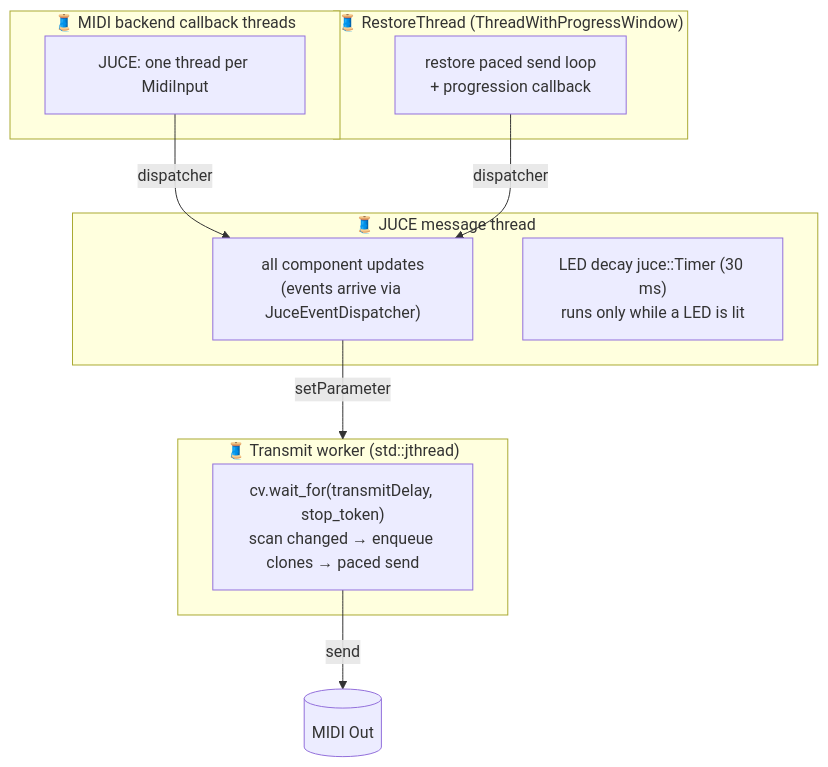
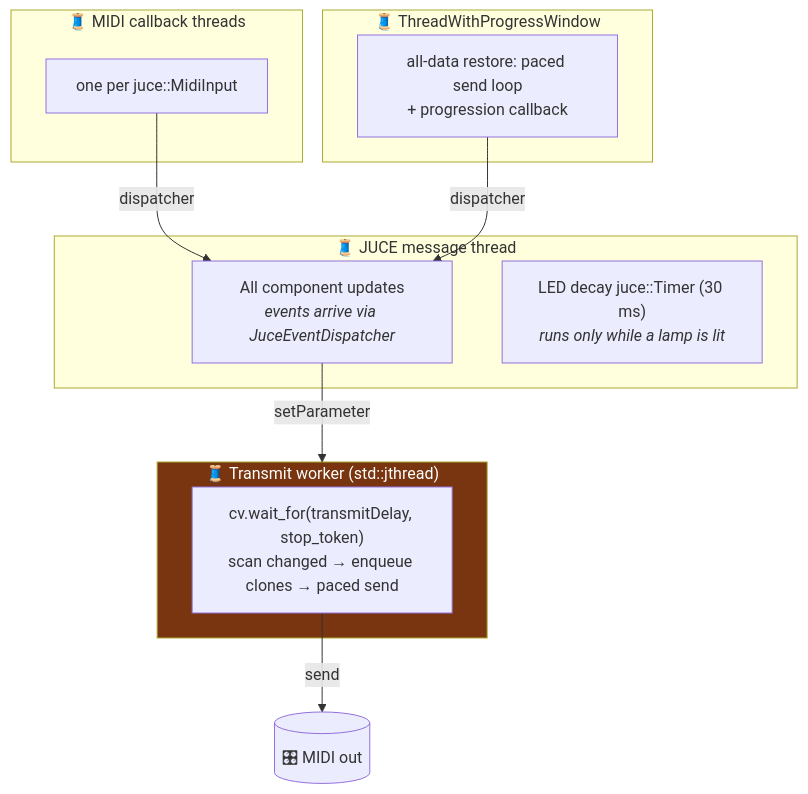
Before and after one commit to xplorer2716/XplorerEditor: diagram 16 of 18 in docs/architecture-analysis.md, drawn with Mermaid. The commit also changed other lines of this file, not shown here.

First line of the commit message:
Rewrite the architecture document as a standalone reference for the JUCE implementation

````diff
--- a/docs/architecture-analysis.md
+++ b/docs/architecture-analysis.md
@@ -648,24 +837,23 @@
 ```mermaid
 flowchart TB
-    subgraph UIThread ["🧵 JUCE message thread"]
-        Handlers["all component updates\n(events arrive via JuceEventDispatcher)"]
-        LedTimer["LED decay juce::Timer (30 ms)\nruns only while a LED is lit"]
+    subgraph UIT ["🧵 JUCE message thread"]
+        H["All component updates<br/><i>events arrive via JuceEventDispatcher</i>"]
+        LT["LED decay juce::Timer (30 ms)<br/><i>runs only while a lamp is lit</i>"]
+    end
+    subgraph WT ["🧵 Transmit worker (std::jthread)"]
+        L["cv.wait_for(transmitDelay, stop_token)<br/>scan changed → enqueue clones → paced send"]
+    end
+    subgraph CT ["🧵 MIDI callback threads"]
+        J["one per juce::MidiInput"]
+    end
+    subgraph RT ["🧵 ThreadWithProgressWindow"]
+        DU["all-data restore: paced send loop<br/>+ progression callback"]
     end
 
-    subgraph WorkerThread ["🧵 Transmit worker (std::jthread)"]
-        Loop["cv.wait_for(transmitDelay, stop_token)\nscan changed → enqueue clones → paced send"]
-    end
+    J -->|dispatcher| H
+    DU -->|dispatcher| H
+    H -->|setParameter| WT
+    L -->|send| OUT[("🎛 MIDI out")]
 
-    subgraph MidiCallbackThread ["🧵 MIDI backend callback threads"]
-        JuceCb["JUCE: one thread per MidiInput"]
-    end
-
-    subgraph RestoreThread ["🧵 RestoreThread (ThreadWithProgressWindow)"]
-        Dump["restore paced send loop\n+ progression callback"]
-    end
-
-    JuceCb -->|dispatcher| Handlers
-    Loop -->|send| OUT[(MIDI Out)]
-    Dump -->|dispatcher| Handlers
-    Handlers -->|setParameter| WorkerThread
+    style WT fill:#78350f,color:#fff
 ```
````
